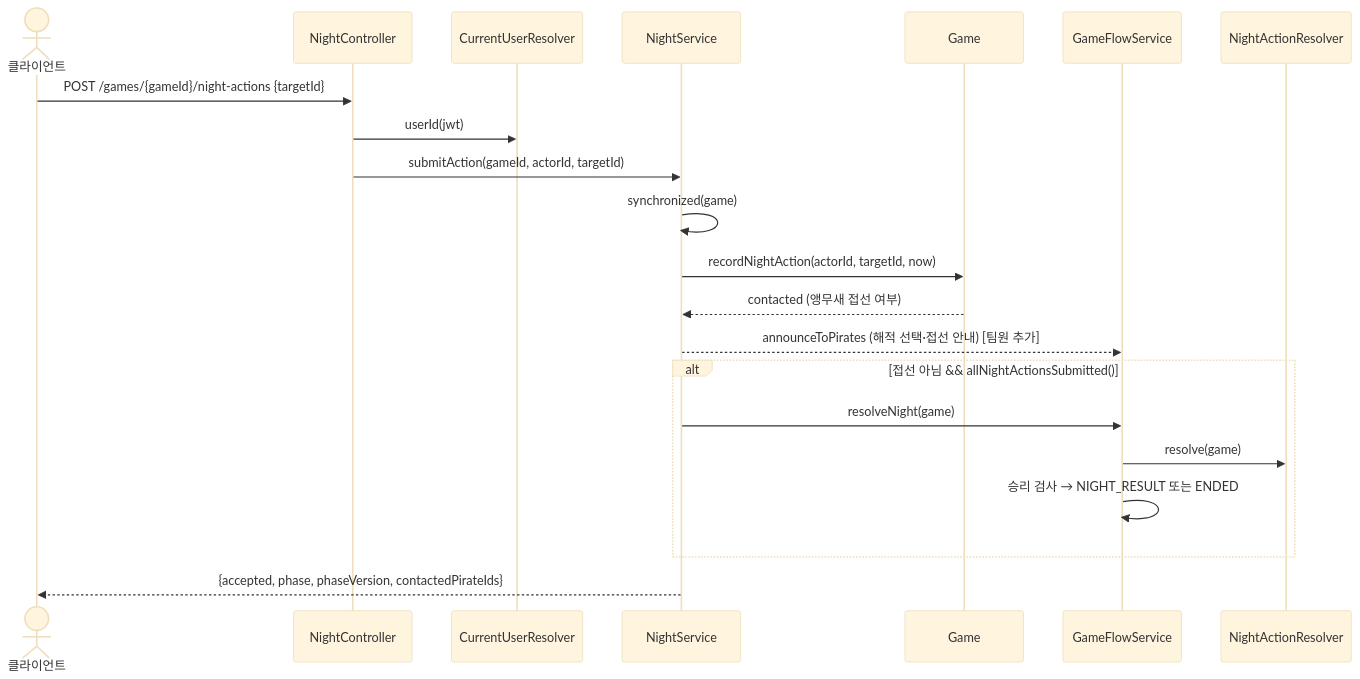
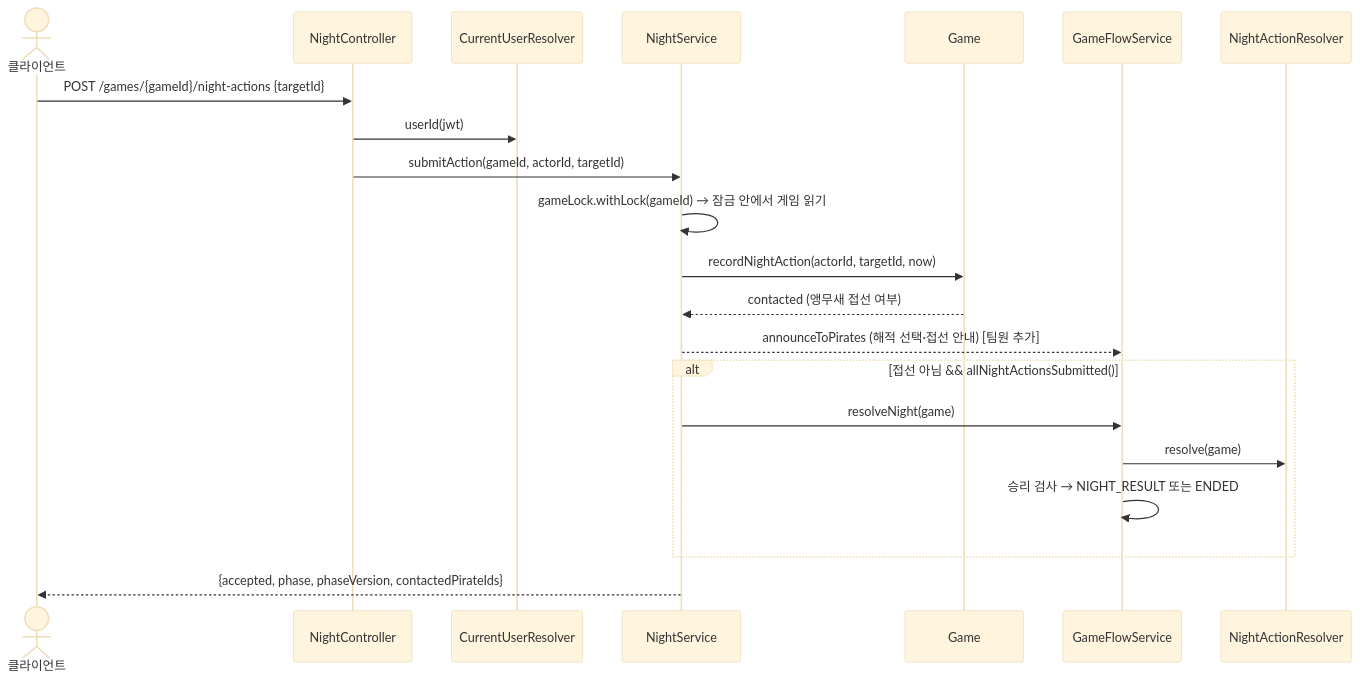
Before and after one commit to IamREALcitizen/project_server: the second of 2 diagrams in Claude outputs/03_밤_능력사용.md, drawn with Mermaid (base theme). The commit also changed other lines of this file and 11 other files, not shown here.

````diff
--- a/Claude outputs/03_밤_능력사용.md
+++ b/Claude outputs/03_밤_능력사용.md
@@ -60,24 +60,24 @@
 ```mermaid
 sequenceDiagram
     actor C as 클라이언트
     participant NC as NightController
     participant CU as CurrentUserResolver
     participant NS as NightService
     participant G as Game
     participant GF as GameFlowService
     participant R as NightActionResolver
 
     C->>NC: POST /games/{gameId}/night-actions {targetId}
     NC->>CU: userId(jwt)
     NC->>NS: submitAction(gameId, actorId, targetId)
-    NS->>NS: synchronized(game)
+    NS->>NS: gameLock.withLock(gameId) → 잠금 안에서 게임 읽기
     NS->>G: recordNightAction(actorId, targetId, now)
     G-->>NS: contacted (앵무새 접선 여부)
     NS-->>GF: announceToPirates (해적 선택·접선 안내) [팀원 추가]
     alt 접선 아님 && allNightActionsSubmitted()
         NS->>GF: resolveNight(game)
         GF->>R: resolve(game)
         GF->>GF: 승리 검사 → NIGHT_RESULT 또는 ENDED
     end
     NS-->>C: {accepted, phase, phaseVersion, contactedPirateIds}
 ```
````
